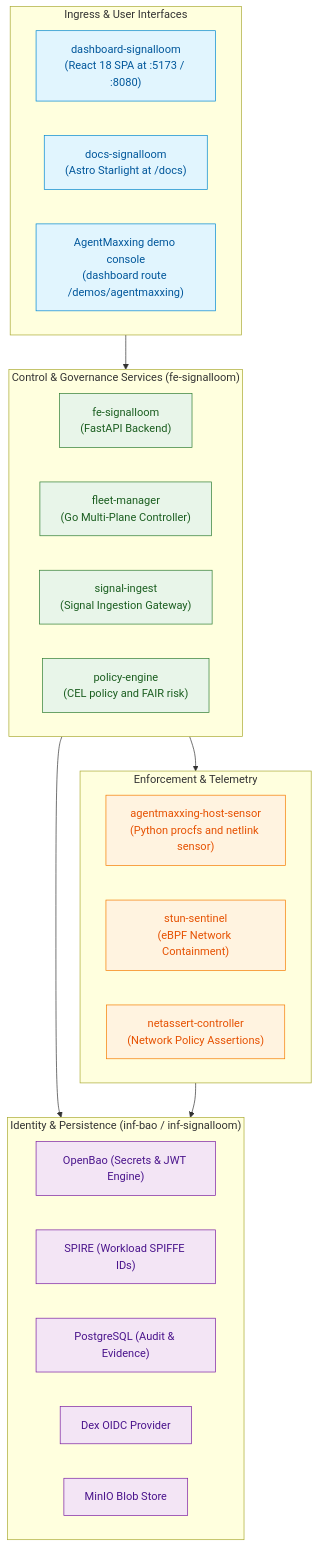
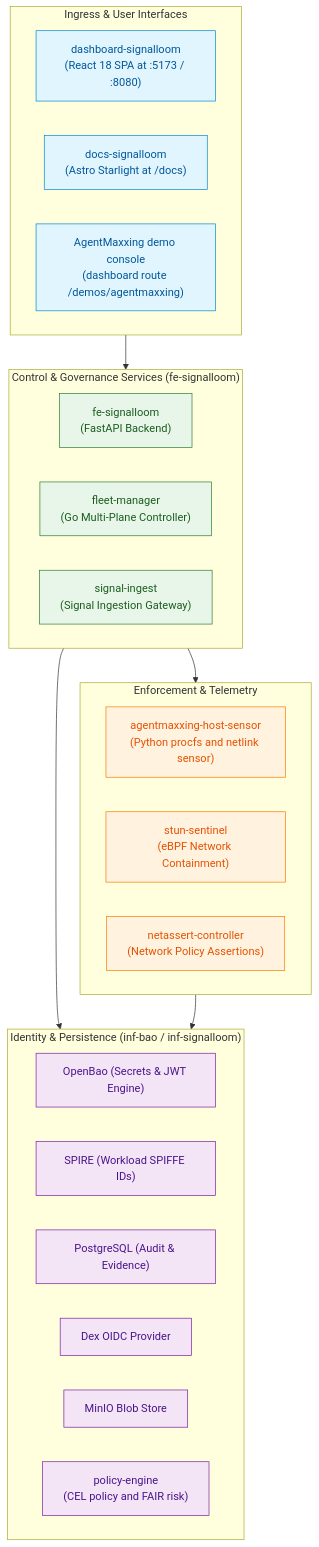
One commit to sublimino/architecture-as-code changed the diagram in d2-signalloom/AGENTS.md. Above: the diagram before and after it, drawn with Mermaid. The commit also changed other lines of this file and 50 other files, not shown here.

````diff
--- a/d2-signalloom/AGENTS.md
+++ b/d2-signalloom/AGENTS.md
@@ -10,43 +10,43 @@
 ```mermaid
 flowchart TB
   subgraph INGRESS["Ingress & User Interfaces"]
     SPA["dashboard-signalloom<br/>(React 18 SPA at :5173 / :8080)"]
     DOCS["docs-signalloom<br/>(Astro Starlight at /docs)"]
     CONSOLE["AgentMaxxing demo console<br/>(dashboard route /demos/agentmaxxing)"]
   end
 
   subgraph CONTROL["Control & Governance Services (fe-signalloom)"]
     API["fe-signalloom<br/>(FastAPI Backend)"]
     FM["fleet-manager<br/>(Go Multi-Plane Controller)"]
     INGEST["signal-ingest<br/>(Signal Ingestion Gateway)"]
-    PE["policy-engine<br/>(CEL policy and FAIR risk)"]
   end
 
   subgraph ENFORCE["Enforcement & Telemetry"]
     SENSOR["agentmaxxing-host-sensor<br/>(Python procfs and netlink sensor)"]
     SENTINEL["stun-sentinel<br/>(eBPF Network Containment)"]
     NETASSERT["netassert-controller<br/>(Network Policy Assertions)"]
   end
 
   subgraph IDENTITY["Identity & Persistence (inf-bao / inf-signalloom)"]
     BAO["OpenBao (Secrets & JWT Engine)"]
     SPIRE["SPIRE (Workload SPIFFE IDs)"]
     PG["PostgreSQL (Audit & Evidence)"]
     DEX["Dex OIDC Provider"]
     MINIO["MinIO Blob Store"]
+    PE["policy-engine<br/>(CEL policy and FAIR risk)"]
   end
 
   INGRESS --> CONTROL
   CONTROL --> ENFORCE
   CONTROL --> IDENTITY
   ENFORCE --> IDENTITY
 
   classDef ui fill:#e1f5fe,stroke:#0288d1,color:#01579b;
   classDef ctrl fill:#e8f5e9,stroke:#2e7d32,color:#1b5e20;
   classDef enf fill:#fff3e0,stroke:#f57c00,color:#e65100;
   classDef idp fill:#f3e5f5,stroke:#7b1fa2,color:#4a148c;
   class SPA,DOCS,CONSOLE ui;
-  class API,FM,INGEST,PE ctrl;
+  class API,FM,INGEST ctrl;
   class SENSOR,SENTINEL,NETASSERT enf;
-  class BAO,SPIRE,PG,DEX,MINIO idp;
+  class BAO,SPIRE,PG,DEX,MINIO,PE idp;
 ```
````
